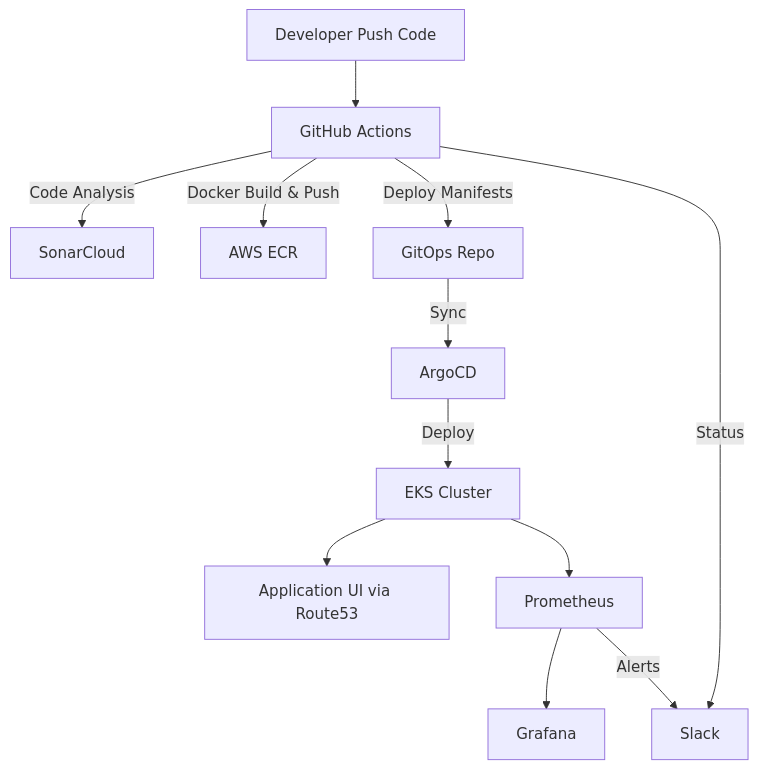
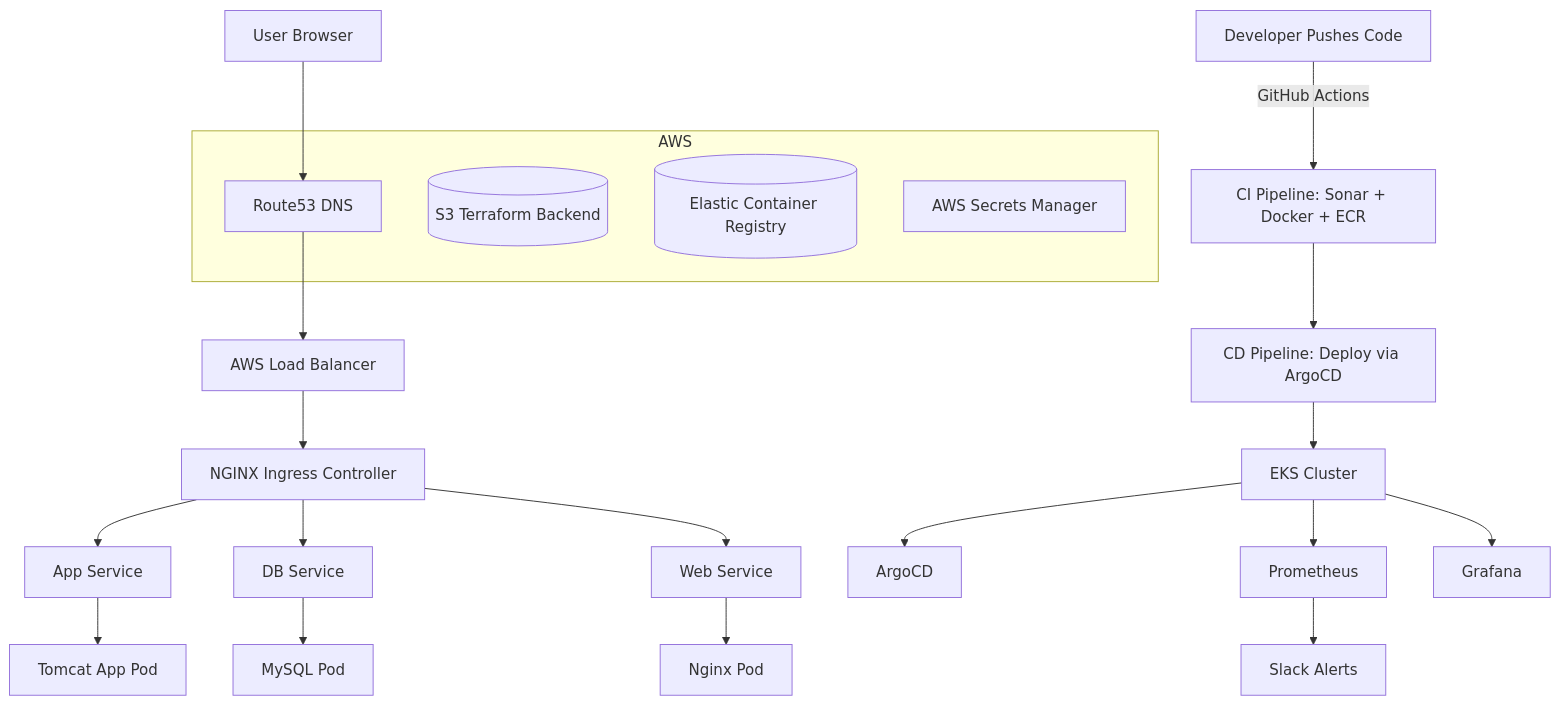
The diagram in README.md (amrelabbasy11/CloudNativeGitOpsProfileService), drawn with Mermaid before and after one commit. The commit also changed other lines of this file, not shown here.

````diff
--- a/README.md
+++ b/README.md
@@ -161,14 +27,28 @@
 ```mermaid
 flowchart TD
-    A[Developer Push Code] --> B[GitHub Actions]
-    B -->|Code Analysis| C[SonarCloud]
-    B -->|Docker Build & Push| D[AWS ECR]
-    B -->|Deploy Manifests| E[GitOps Repo]
-    E -->|Sync| F[ArgoCD]
-    F -->|Deploy| G[EKS Cluster]
-    G --> H[Application UI via Route53]
-    G --> I[Prometheus]
-    I --> J[Grafana]
-    B -->|Status| K[Slack]
-    I -->|Alerts| K[Slack]
+    User[User Browser] --> Route53[Route53 DNS]
+    Route53 --> LB[AWS Load Balancer]
+    LB --> Ingress[NGINX Ingress Controller]
+    Ingress --> Service1[App Service]
+    Ingress --> Service2[DB Service]
+    Ingress --> Service3[Web Service]
+    Service1 --> Pod1[Tomcat App Pod]
+    Service2 --> Pod2[MySQL Pod]
+    Service3 --> Pod3[Nginx Pod]
+
+    Dev[Developer Pushes Code] -->|GitHub Actions| CI[CI Pipeline: Sonar + Docker + ECR]
+    CI --> CD[CD Pipeline: Deploy via ArgoCD]
+    CD --> K8s[EKS Cluster]
+
+    subgraph AWS
+        S3[(S3 Terraform Backend)]
+        ECR[(Elastic Container Registry)]
+        Route53
+        Secrets[AWS Secrets Manager]
+    end
+
+    K8s --> Argo[ArgoCD]
+    K8s --> Prometheus
+    K8s --> Grafana
+    Prometheus --> Slack[Slack Alerts]
 ```
````
